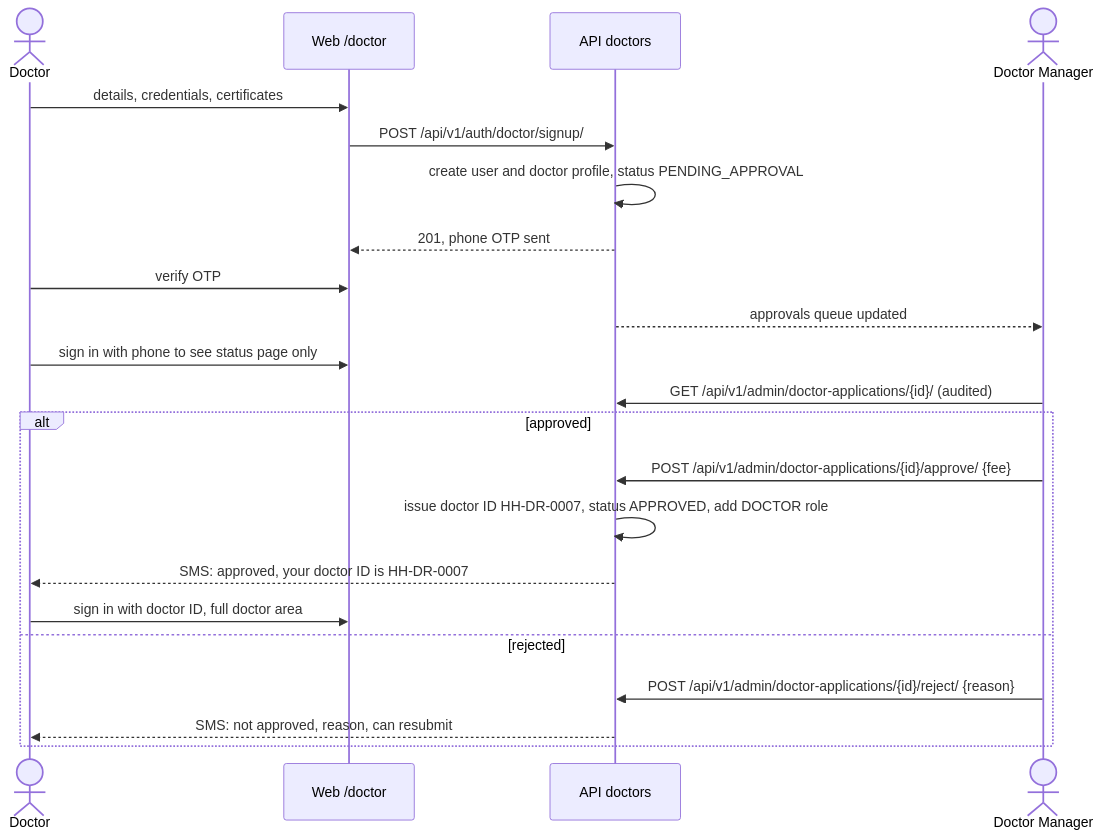
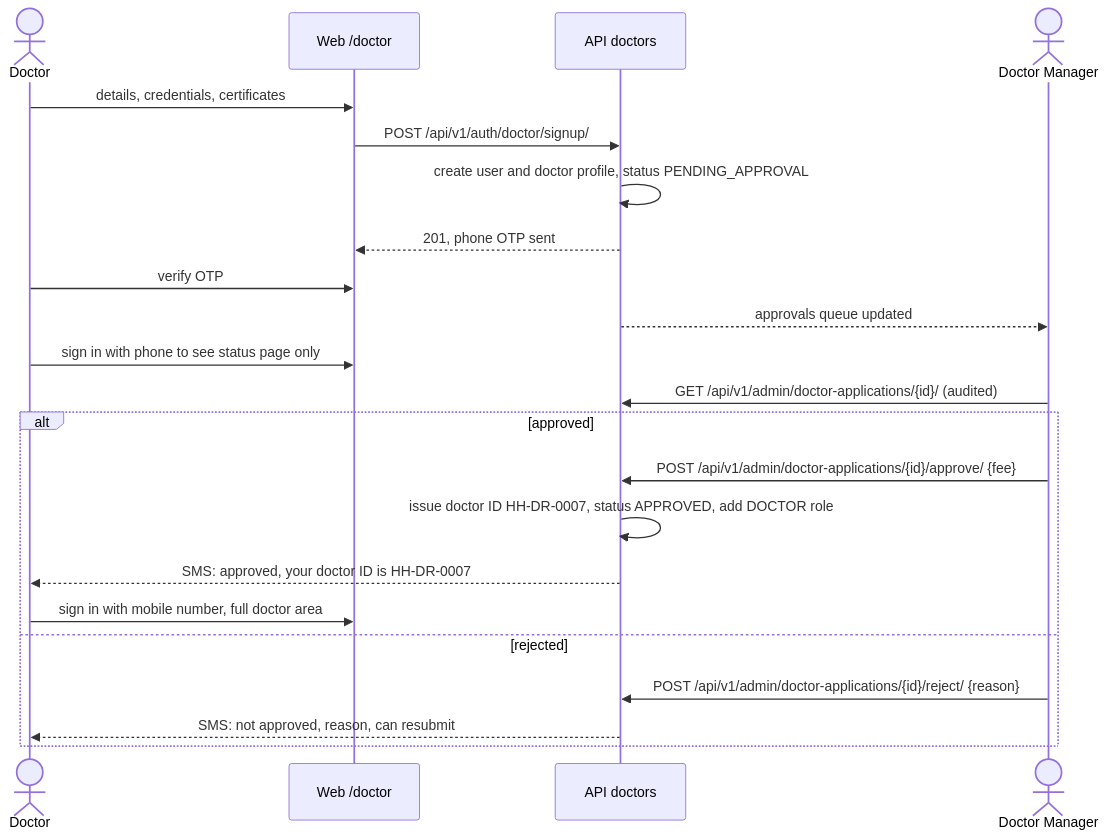
One commit to JunaeidAhmad/homeo_hub changed the second of 13 diagrams in docs/02-system-design.md. Above: the diagram before and after it, drawn with Mermaid. The commit also changed other lines of this file and 42 other files, not shown here.

First line of the commit message:
feat: sign in with mobile number and password only

````diff
--- a/docs/02-system-design.md
+++ b/docs/02-system-design.md
@@ -103,25 +103,25 @@
 ```mermaid
 sequenceDiagram
     actor D as Doctor
     participant W as Web /doctor
     participant A as API doctors
     actor M as Doctor Manager
 
     D->>W: details, credentials, certificates
     W->>A: POST /api/v1/auth/doctor/signup/
     A->>A: create user and doctor profile, status PENDING_APPROVAL
     A-->>W: 201, phone OTP sent
     D->>W: verify OTP
     A-->>M: approvals queue updated
     D->>W: sign in with phone to see status page only
     M->>A: GET /api/v1/admin/doctor-applications/{id}/ (audited)
     alt approved
         M->>A: POST /api/v1/admin/doctor-applications/{id}/approve/ {fee}
         A->>A: issue doctor ID HH-DR-0007, status APPROVED, add DOCTOR role
         A-->>D: SMS: approved, your doctor ID is HH-DR-0007
-        D->>W: sign in with doctor ID, full doctor area
+        D->>W: sign in with mobile number, full doctor area
     else rejected
         M->>A: POST /api/v1/admin/doctor-applications/{id}/reject/ {reason}
         A-->>D: SMS: not approved, reason, can resubmit
     end
 ```
````
